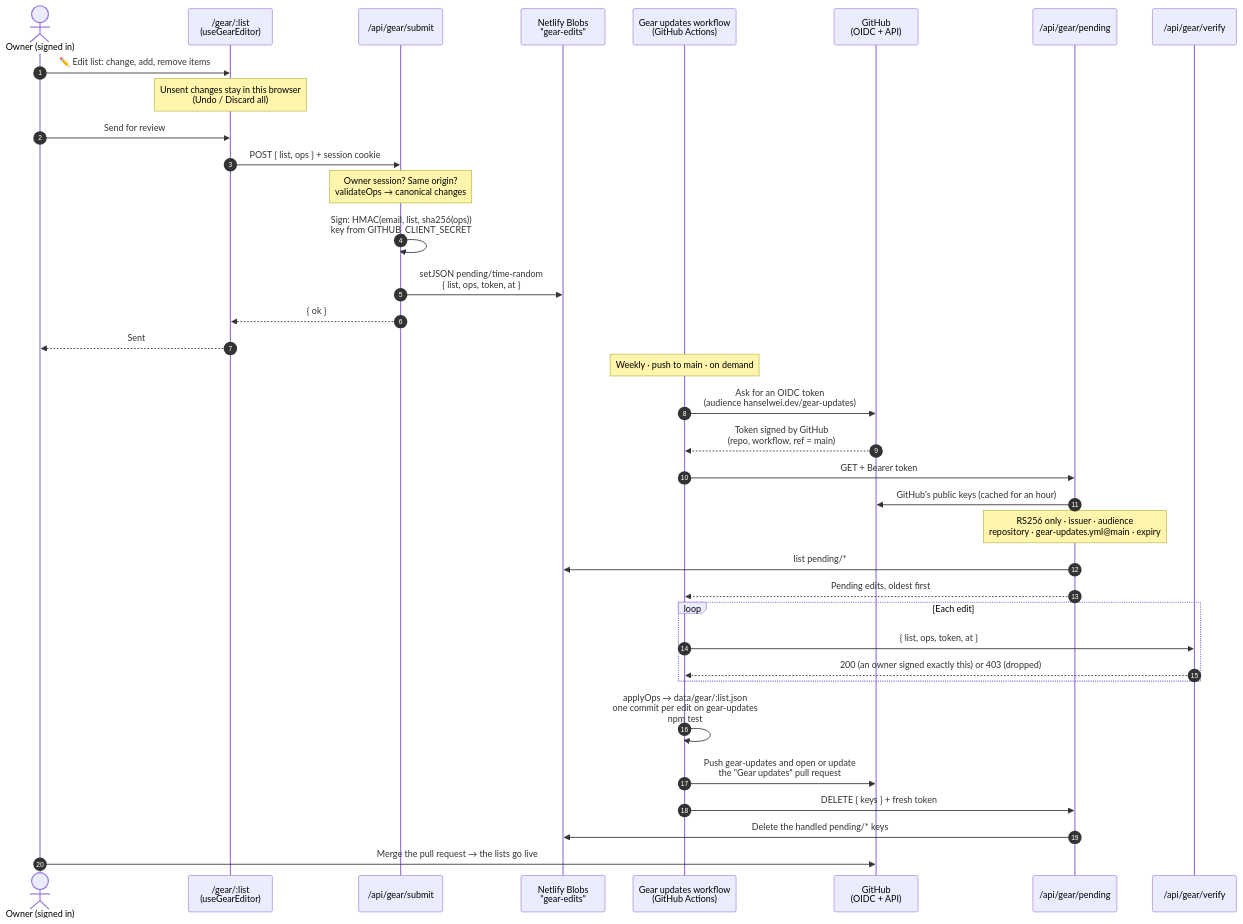
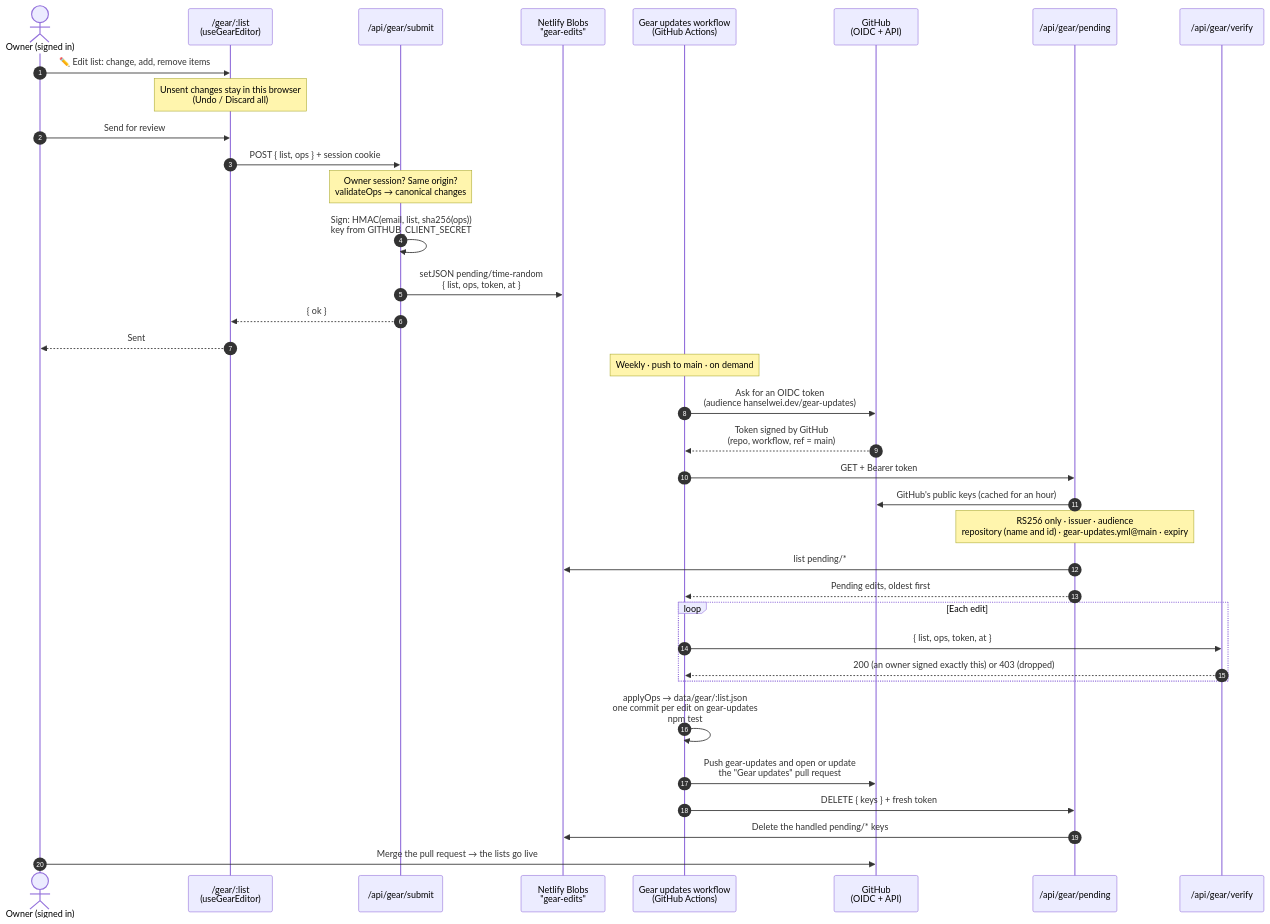
Before and after one commit to darkmastermindz/hanselwei.dev: the first of 2 diagrams in docs/gear-editing.md, drawn with Mermaid. The commit also changed 3 other files, not shown here.

First line of the commit message:
Gear updates sign-in: also match the repository's id

````diff
--- a/docs/gear-editing.md
+++ b/docs/gear-editing.md
@@ -9,42 +9,42 @@
 ```mermaid
 sequenceDiagram
     autonumber
     actor Owner as Owner (signed in)
     participant Page as /gear/:list<br/>(useGearEditor)
     participant Submit as /api/gear/submit
     participant Store as Netlify Blobs<br/>"gear-edits"
     participant Workflow as Gear updates workflow<br/>(GitHub Actions)
     participant GitHub as GitHub<br/>(OIDC + API)
     participant Pending as /api/gear/pending
     participant Verify as /api/gear/verify
 
     Owner->>Page: ✏️ Edit list: change, add, remove items
     Note over Page: Unsent changes stay in this browser<br/>(Undo / Discard all)
     Owner->>Page: Send for review
     Page->>Submit: POST { list, ops } + session cookie
     Note over Submit: Owner session? Same origin?<br/>validateOps → canonical changes
     Submit->>Submit: Sign: HMAC(email, list, sha256(ops))<br/>key from GITHUB_CLIENT_SECRET
     Submit->>Store: setJSON pending/time-random<br/>{ list, ops, token, at }
     Submit-->>Page: { ok }
     Page-->>Owner: Sent
 
     Note over Workflow: Weekly · push to main · on demand
     Workflow->>GitHub: Ask for an OIDC token<br/>(audience hanselwei.dev/gear-updates)
     GitHub-->>Workflow: Token signed by GitHub<br/>(repo, workflow, ref = main)
     Workflow->>Pending: GET + Bearer token
     Pending->>GitHub: GitHub's public keys (cached for an hour)
-    Note over Pending: RS256 only · issuer · audience<br/>repository · gear-updates.yml@main · expiry
+    Note over Pending: RS256 only · issuer · audience<br/>repository (name and id) · gear-updates.yml@main · expiry
     Pending->>Store: list pending/*
     Pending-->>Workflow: Pending edits, oldest first
 
     loop Each edit
         Workflow->>Verify: { list, ops, token, at }
         Verify-->>Workflow: 200 (an owner signed exactly this) or 403 (dropped)
     end
 
     Workflow->>Workflow: applyOps → data/gear/:list.json<br/>one commit per edit on gear-updates<br/>npm test
     Workflow->>GitHub: Push gear-updates and open or update<br/>the "Gear updates" pull request
     Workflow->>Pending: DELETE { keys } + fresh token
     Pending->>Store: Delete the handled pending/* keys
     Owner->>GitHub: Merge the pull request → the lists go live
 ```
````
